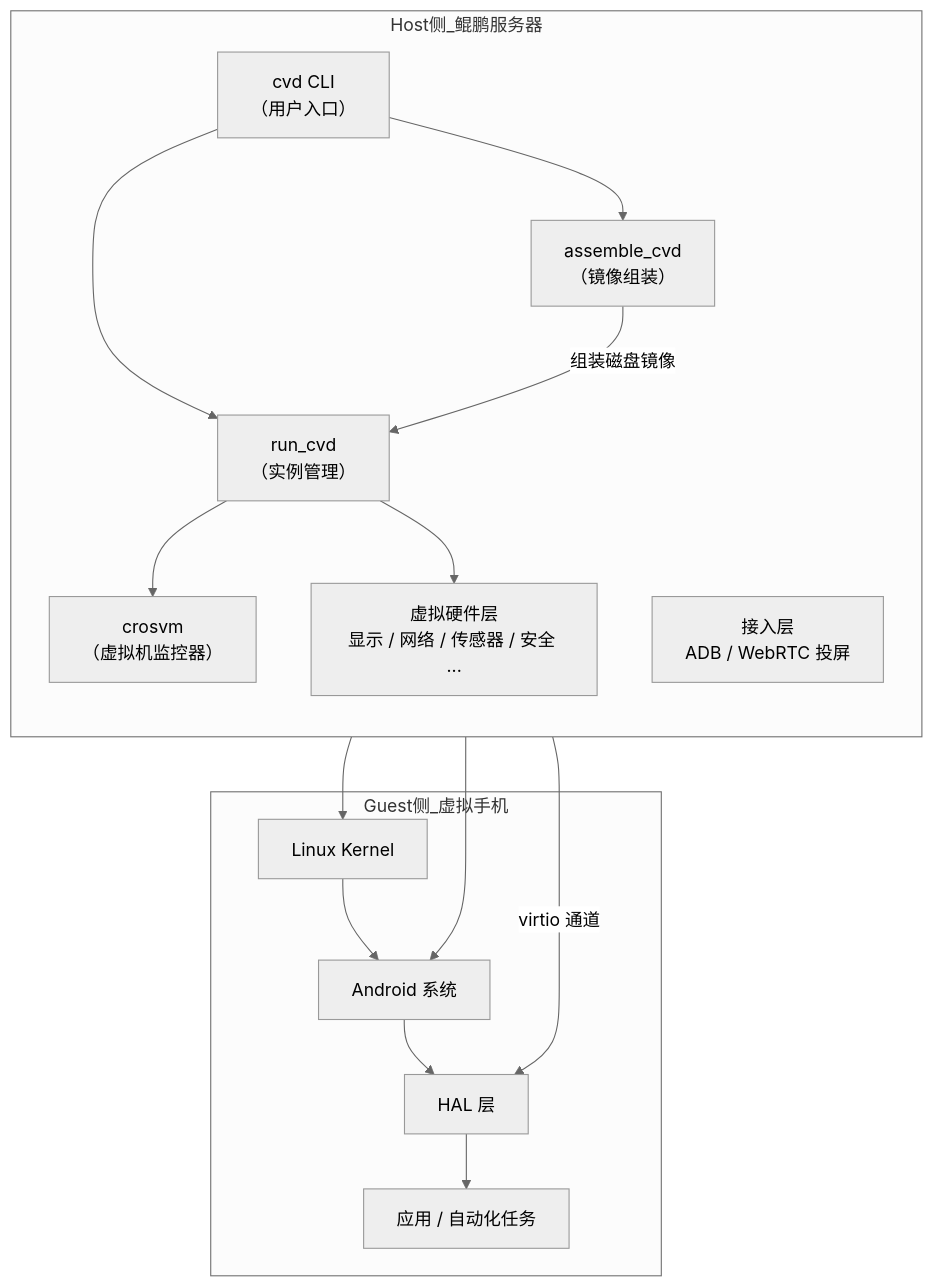
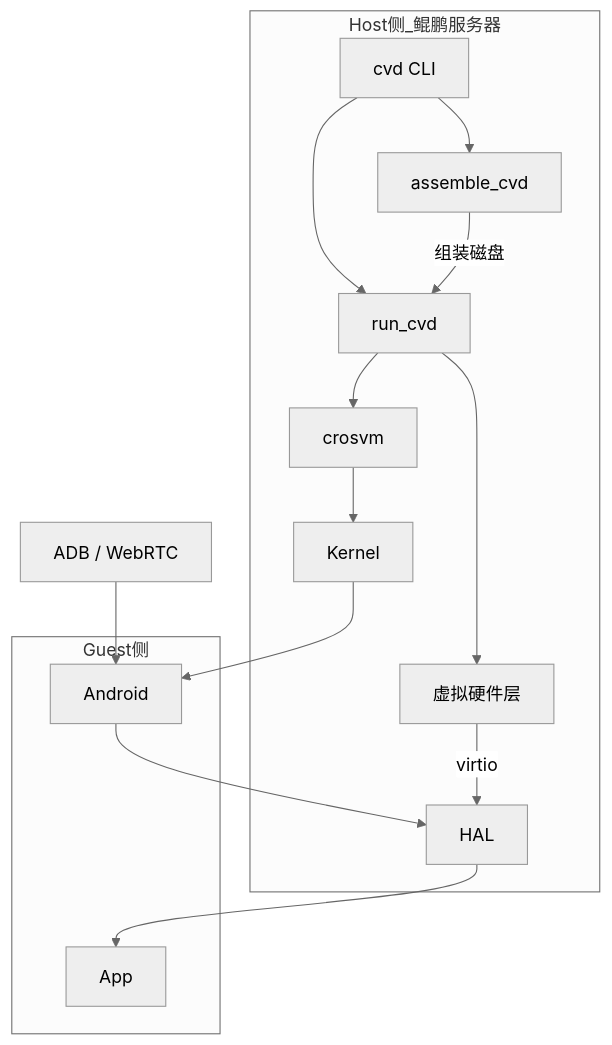
One commit to LOLHenry/android-cuttlefish changed the diagram in docs/鲲鹏Cuttlefish手机沙箱研究导入.md. Above: the diagram before and after it, drawn with Mermaid (neutral theme). The commit also changed other lines of this file, not shown here.

````diff
--- a/docs/鲲鹏Cuttlefish手机沙箱研究导入.md
+++ b/docs/鲲鹏Cuttlefish手机沙箱研究导入.md
@@ -184,29 +28,16 @@
 ```mermaid
 flowchart TB
     subgraph Host侧_鲲鹏服务器
-        direction TB
-        CLI["cvd CLI<br/>（用户入口）"]
-        ASM["assemble_cvd<br/>（镜像组装）"]
-        RUN["run_cvd<br/>（实例管理）"]
-        VMM["crosvm<br/>（虚拟机监控器）"]
-        VHW["虚拟硬件层<br/>显示 / 网络 / 传感器 / 安全 ..."]
-        FE["接入层<br/>ADB / WebRTC 投屏"]
+        CLI["cvd CLI"] --> ASM["assemble_cvd"]
+        CLI --> RUN["run_cvd"]
+        ASM -->|"组装磁盘"| RUN
+        RUN --> VMM["crosvm"]
+        RUN --> VHW["虚拟硬件层"]
+        VMM --> KERNEL
+        VHW -->|"virtio"| HAL
     end
-
-    subgraph Guest侧_虚拟手机
-        KERNEL[Linux Kernel]
-        ANDROID[Android 系统]
-        HAL[HAL 层]
-        APP[应用 / 自动化任务]
+    subgraph Guest侧
+        KERNEL[Kernel] --> ANDROID[Android] --> HAL[HAL] --> APP[App]
     end
-
-    CLI --> ASM
-    CLI --> RUN
-    ASM -->|"组装磁盘镜像"| RUN
-    RUN --> VMM
-    RUN --> VHW
-    VMM --> KERNEL
-    VHW -->|"virtio 通道"| HAL
-    KERNEL --> ANDROID --> HAL --> APP
-    FE --> ANDROID
+    FE["ADB / WebRTC"] --> ANDROID
 ```
````
